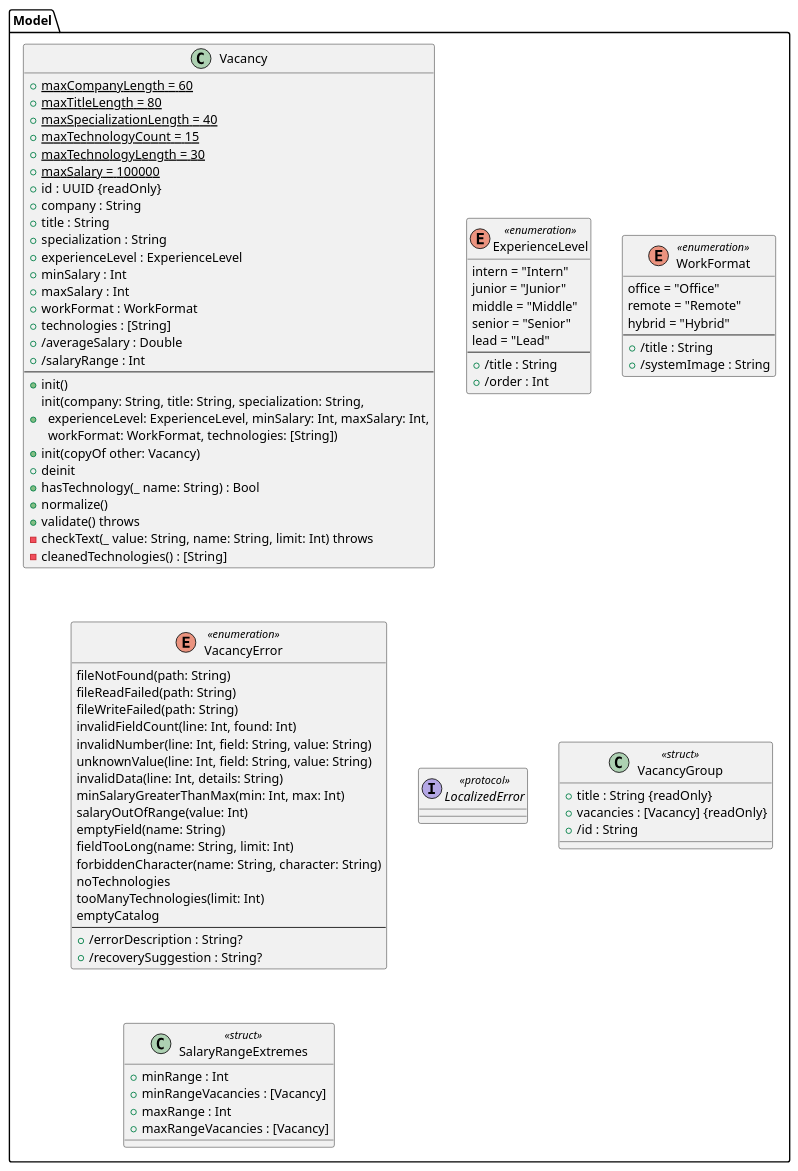
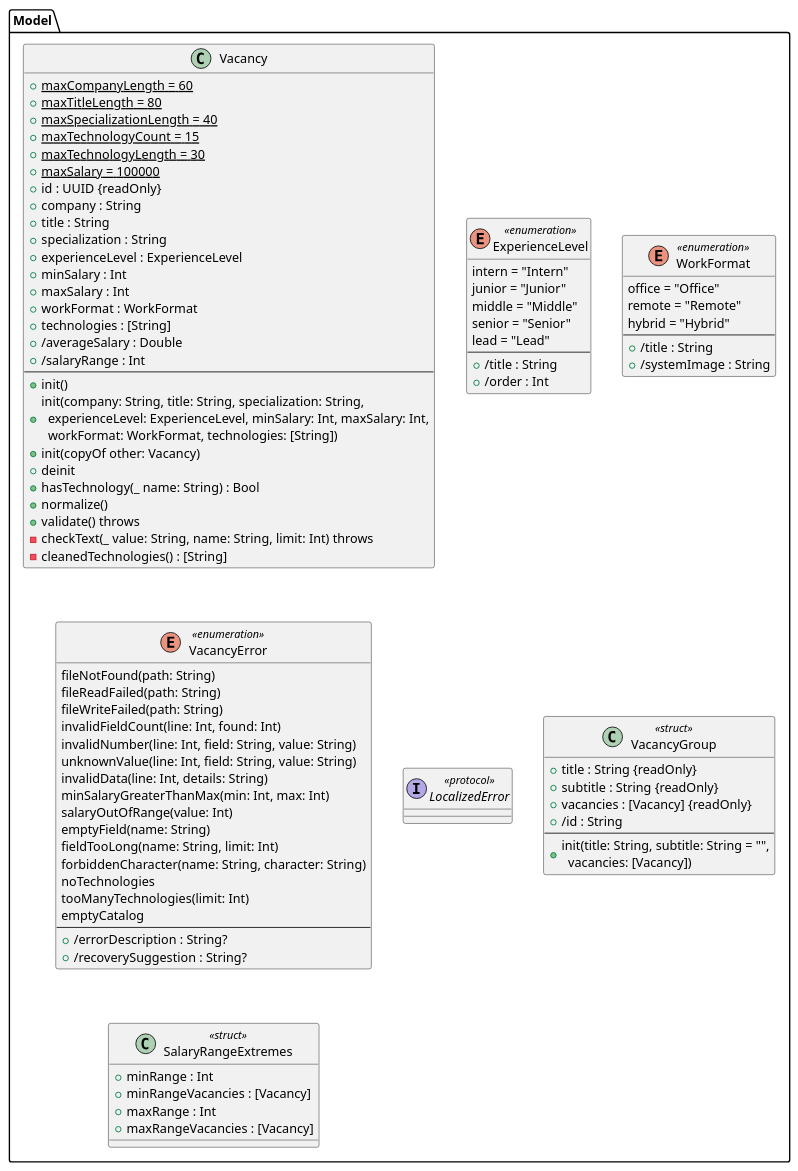
Before and after one commit to goosedum/kursova-1: the diagram in docs/uml/2-classes/types/model.iuml, drawn with PlantUML. The commit also changed 26 other files, not shown here.

```diff
--- a/docs/uml/2-classes/types/model.iuml
+++ b/docs/uml/2-classes/types/model.iuml
@@ -1,82 +1,85 @@
 ' Шар Model — дані. Підключається з діаграм у docs/uml/2-classes (крок 3.2). Джерело — .claude/plan/02-architecture.md §3.
 package "Model" {
   class Vacancy {
     + {static} maxCompanyLength = 60
     + {static} maxTitleLength = 80
     + {static} maxSpecializationLength = 40
     + {static} maxTechnologyCount = 15
     + {static} maxTechnologyLength = 30
     + {static} maxSalary = 100000
     + id : UUID {readOnly}
     + company : String
     + title : String
     + specialization : String
     + experienceLevel : ExperienceLevel
     + minSalary : Int
     + maxSalary : Int
     + workFormat : WorkFormat
     + technologies : [String]
     + /averageSalary : Double
     + /salaryRange : Int
     --
     + init()
     + init(company: String, title: String, specialization: String,\n  experienceLevel: ExperienceLevel, minSalary: Int, maxSalary: Int,\n  workFormat: WorkFormat, technologies: [String])
     + init(copyOf other: Vacancy)
     + deinit
     + hasTechnology(_ name: String) : Bool
     + normalize()
     + validate() throws
     - checkText(_ value: String, name: String, limit: Int) throws
     - cleanedTechnologies() : [String]
   }
   enum ExperienceLevel <<enumeration>> {
     intern = "Intern"
     junior = "Junior"
     middle = "Middle"
     senior = "Senior"
     lead = "Lead"
     --
     + /title : String
     + /order : Int
   }
   enum WorkFormat <<enumeration>> {
     office = "Office"
     remote = "Remote"
     hybrid = "Hybrid"
     --
     + /title : String
     + /systemImage : String
   }
   enum VacancyError <<enumeration>> {
     fileNotFound(path: String)
     fileReadFailed(path: String)
     fileWriteFailed(path: String)
     invalidFieldCount(line: Int, found: Int)
     invalidNumber(line: Int, field: String, value: String)
     unknownValue(line: Int, field: String, value: String)
     invalidData(line: Int, details: String)
     minSalaryGreaterThanMax(min: Int, max: Int)
     salaryOutOfRange(value: Int)
     emptyField(name: String)
     fieldTooLong(name: String, limit: Int)
     forbiddenCharacter(name: String, character: String)
     noTechnologies
     tooManyTechnologies(limit: Int)
     emptyCatalog
     --
     + /errorDescription : String?
     + /recoverySuggestion : String?
   }
   interface LocalizedError <<protocol>>
   class VacancyGroup <<struct>> {
     + title : String {readOnly}
+    + subtitle : String {readOnly}
     + vacancies : [Vacancy] {readOnly}
     + /id : String
+    --
+    + init(title: String, subtitle: String = "",\n  vacancies: [Vacancy])
   }
   class SalaryRangeExtremes <<struct>> {
     + minRange : Int
     + minRangeVacancies : [Vacancy]
     + maxRange : Int
     + maxRangeVacancies : [Vacancy]
   }
 }
```
